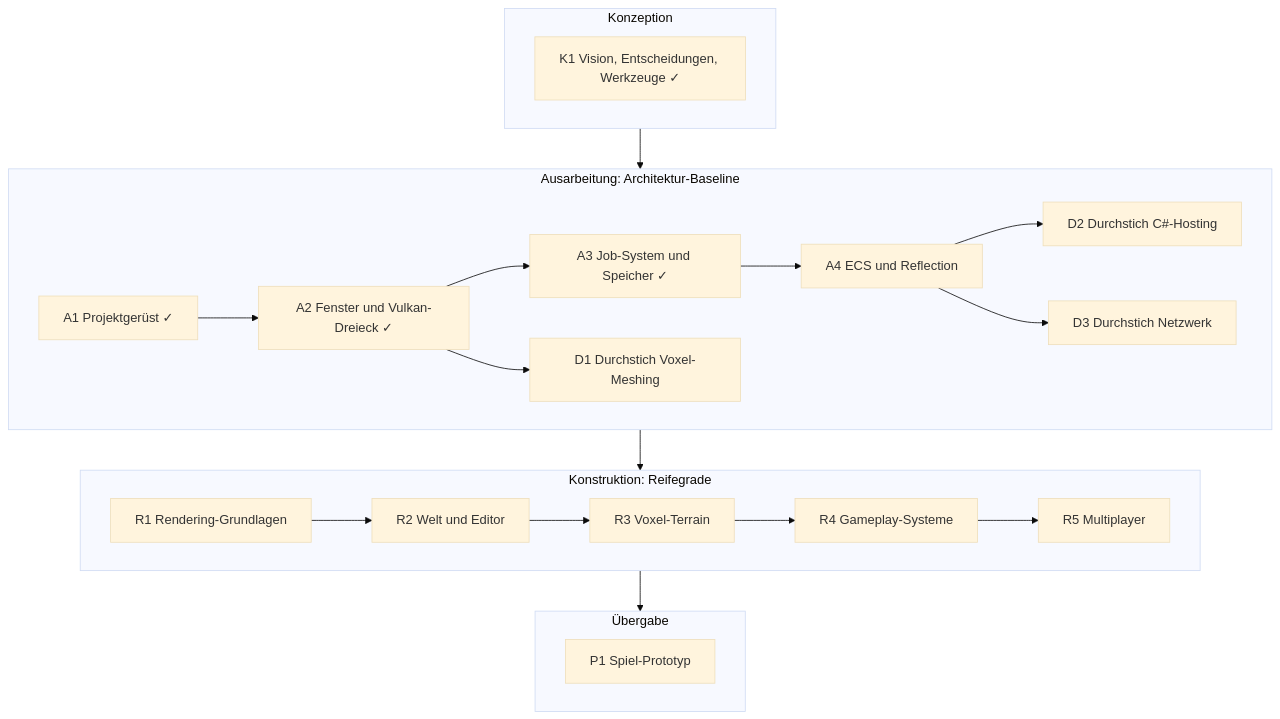
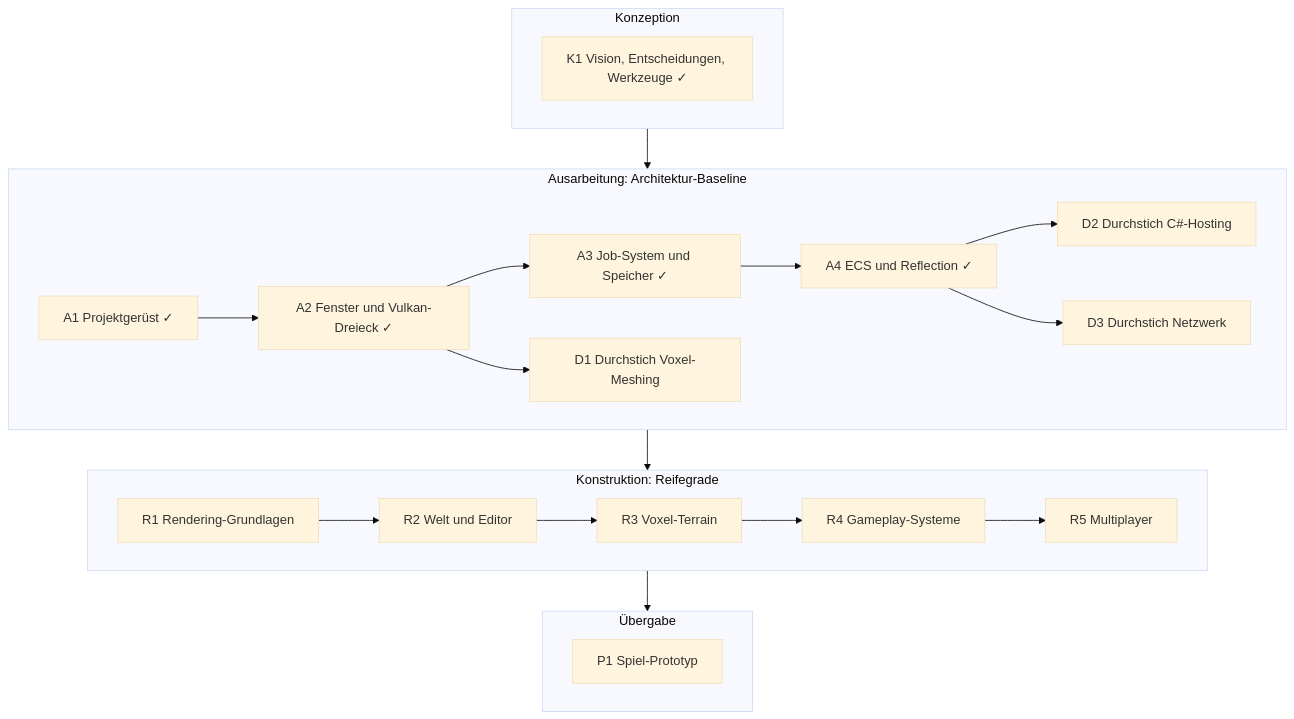
Before and after one commit to viiez/ngine: the diagram in docs/roadmap.md, drawn with Mermaid (base theme). The commit also changed other lines of this file and 6 other files, not shown here.

````diff
--- a/docs/roadmap.md
+++ b/docs/roadmap.md
@@ -11,24 +12,24 @@
 ```mermaid
 flowchart TB
     subgraph K["Konzeption"]
         K1["K1 Vision, Entscheidungen, Werkzeuge ✓"]
     end
     subgraph A["Ausarbeitung: Architektur-Baseline"]
         A1["A1 Projektgerüst ✓"] --> A2["A2 Fenster und Vulkan-Dreieck ✓"]
         A2 --> A3["A3 Job-System und Speicher ✓"]
-        A3 --> A4["A4 ECS und Reflection"]
+        A3 --> A4["A4 ECS und Reflection ✓"]
         A2 --> D1["D1 Durchstich Voxel-Meshing"]
         A4 --> D2["D2 Durchstich C#-Hosting"]
         A4 --> D3["D3 Durchstich Netzwerk"]
     end
     subgraph B["Konstruktion: Reifegrade"]
         R1["R1 Rendering-Grundlagen"] --> R2["R2 Welt und Editor"]
         R2 --> R3["R3 Voxel-Terrain"]
         R3 --> R4["R4 Gameplay-Systeme"]
         R4 --> R5["R5 Multiplayer"]
     end
     subgraph U["Übergabe"]
         P1["P1 Spiel-Prototyp"]
     end
     K --> A --> B --> U
 ```
````
